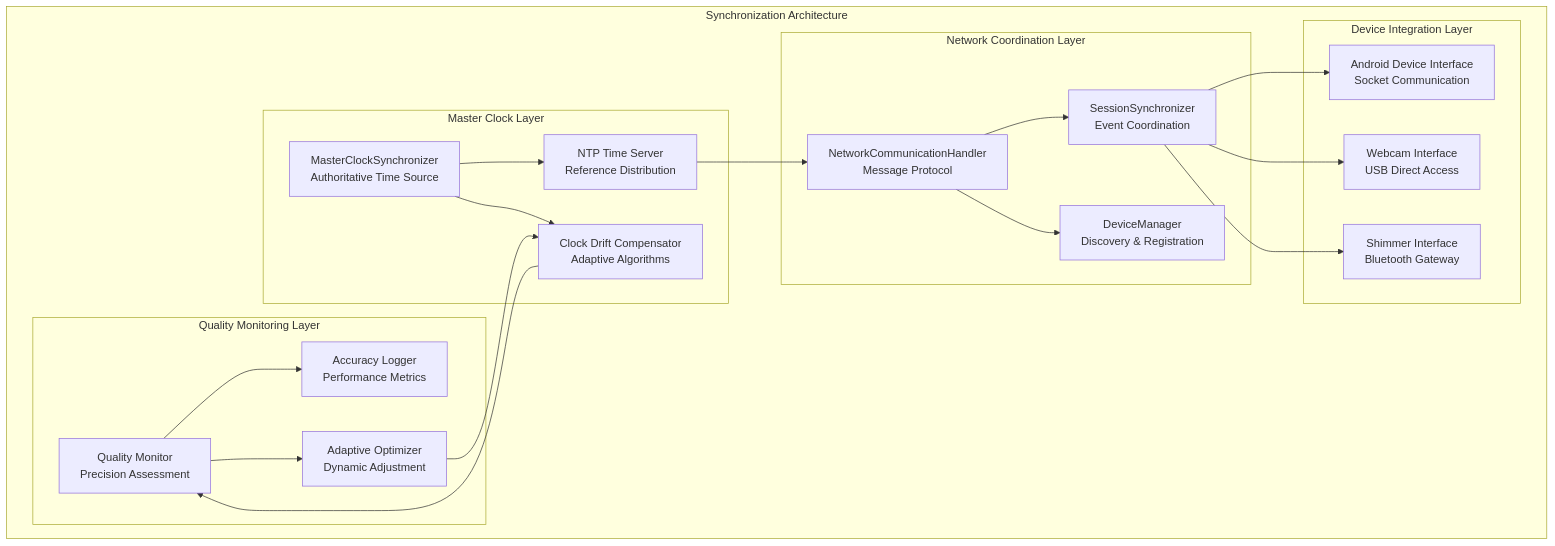
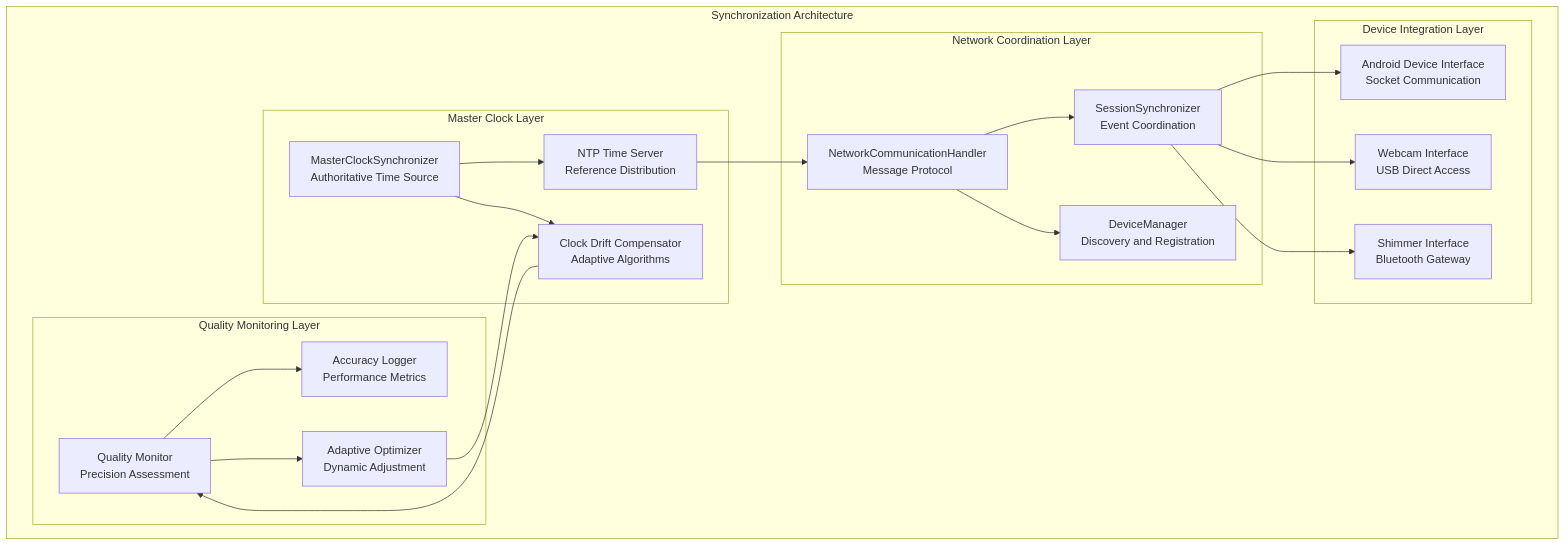
The first of 2 diagrams in docs/multi_device_synchronization_readme.md (buccancs/fyp-multi-sensor-recording-system), drawn with Mermaid before and after one commit. The commit also changed 9 other files, not shown here.

````diff
--- a/docs/multi_device_synchronization_readme.md
+++ b/docs/multi_device_synchronization_readme.md
@@ -69,43 +69,43 @@
 ```mermaid
 graph TB
     subgraph "Synchronization Architecture"
         subgraph "Master Clock Layer"
             MCS[MasterClockSynchronizer<br/>Authoritative Time Source]
             NTP[NTP Time Server<br/>Reference Distribution]
             CDC[Clock Drift Compensator<br/>Adaptive Algorithms]
         end
         
         subgraph "Network Coordination Layer"
             NCH[NetworkCommunicationHandler<br/>Message Protocol]
             SS[SessionSynchronizer<br/>Event Coordination]
-            DM[DeviceManager<br/>Discovery & Registration]
+            DM[DeviceManager<br/>Discovery and Registration]
         end
         
         subgraph "Device Integration Layer"
             ADI[Android Device Interface<br/>Socket Communication]
             WCI[Webcam Interface<br/>USB Direct Access]
             SSI[Shimmer Interface<br/>Bluetooth Gateway]
         end
         
         subgraph "Quality Monitoring Layer"
             QM[Quality Monitor<br/>Precision Assessment]
             AL[Accuracy Logger<br/>Performance Metrics]
             AO[Adaptive Optimizer<br/>Dynamic Adjustment]
         end
     end
     
     MCS --> NTP
     MCS --> CDC
     NTP --> NCH
     CDC --> QM
     
     NCH --> SS
     NCH --> DM
     SS --> ADI
     SS --> WCI
     SS --> SSI
     
     QM --> AL
     QM --> AO
     AO --> CDC
 ```
````
